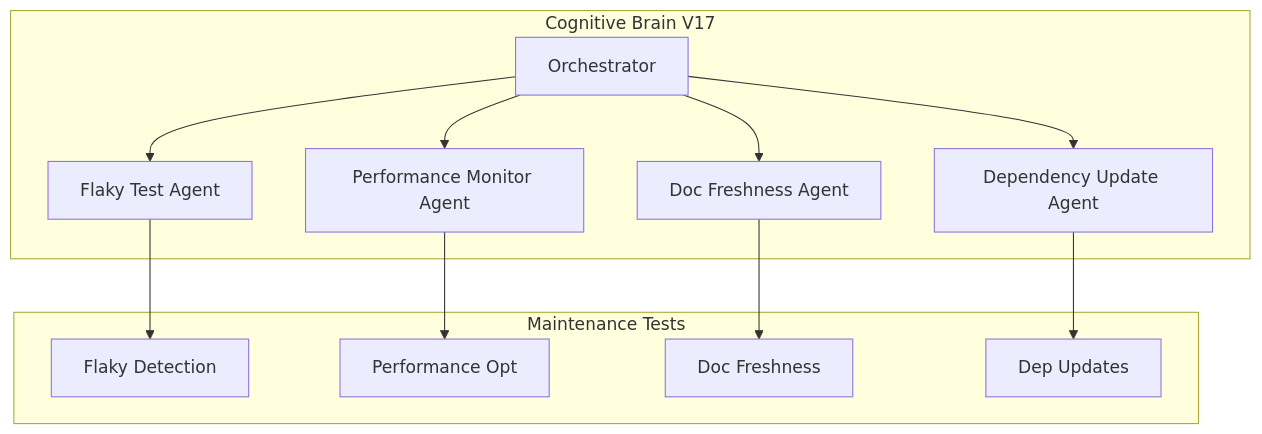
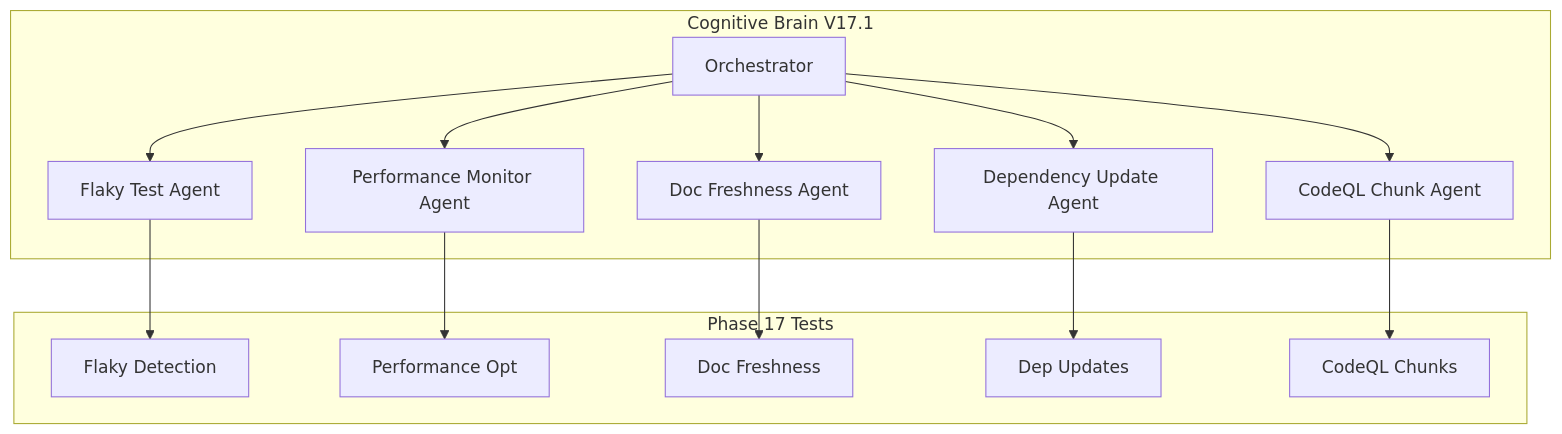
One commit to Aries-Serpent/_codex_ changed the second of 2 diagrams in .codex/plans/PHASE_17_MASTER_PLANSET.md. Above: the diagram before and after it, drawn with Mermaid. The commit also changed other lines of this file and 4 other files, not shown here.

First line of the commit message:
Phase 17.1: Increase coverage to 90%, create CodeQL chunking plan

````diff
--- a/.codex/plans/PHASE_17_MASTER_PLANSET.md
+++ b/.codex/plans/PHASE_17_MASTER_PLANSET.md
@@ -113,17 +153,19 @@
 ```mermaid
 graph TD
-    subgraph "Cognitive Brain V17"
+    subgraph "Cognitive Brain V17.1"
         CB[Orchestrator]
         CB --> FTA[Flaky Test Agent]
         CB --> PMA[Performance Monitor Agent]
         CB --> DFA[Doc Freshness Agent]
         CB --> DUA[Dependency Update Agent]
+        CB --> CQA[CodeQL Chunk Agent]
     end
     
-    subgraph "Maintenance Tests"
+    subgraph "Phase 17 Tests"
         FTA --> FD[Flaky Detection]
         PMA --> PO[Performance Opt]
         DFA --> DF[Doc Freshness]
         DUA --> DU[Dep Updates]
+        CQA --> CC[CodeQL Chunks]
     end
 ```
````
